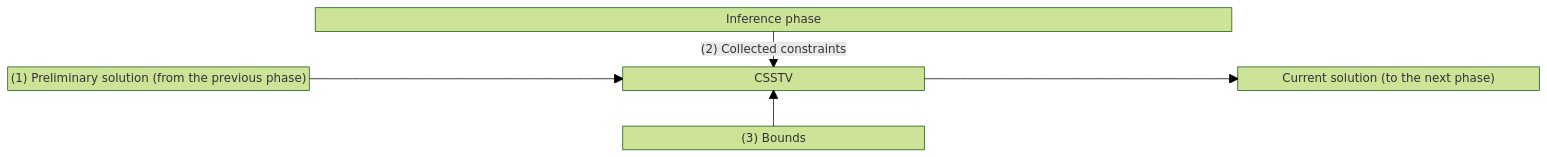
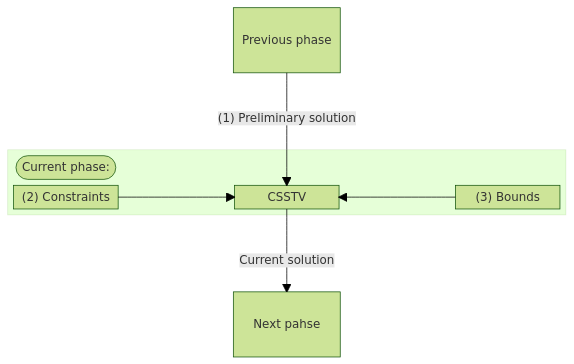
Before and after one commit to dart-lang/language: the first of 4 diagrams in accepted/future-releases/3009-inference-using-bounds/feature-specification.md, drawn with Mermaid (forest theme). The commit also changed other lines of this file, not shown here.

First line of the commit message:
Make the diagrams top-down instead of left-to-right

````diff
--- a/accepted/future-releases/3009-inference-using-bounds/feature-specification.md
+++ b/accepted/future-releases/3009-inference-using-bounds/feature-specification.md
@@ -88,27 +88,35 @@
 ```mermaid
 block-beta
   columns 5
 
-  space
-  constraints["Inference phase"]:3
-  space
+  space:2
+  previousPhase["Previous phase"]
+  space:2
 
   space:5
 
-  preliminarySolution["(1) Preliminary solution (from the previous phase)"]
-  space
-  csstv["CSSTV"]
-  space
-  currentSolution["Current solution (to the next phase)"]
+  block:current:5
+    columns 5
+
+    commentCurrent(["Current phase:"])
+    space:4
+
+    constraintsCurrent["(2) Constraints"]
+    space
+    csstvCurrent["CSSTV"]
+    space
+    boundsCurrent["(3) Bounds"]
+  end
 
   space:5
 
   space:2
-  bounds["(3) Bounds"]
+  nextPhase["Next pahse"]
   space:2
 
-  constraints -- "(2) Collected constraints" --> csstv
-  preliminarySolution --> csstv
-  csstv --> currentSolution
-  bounds --> csstv
+  previousPhase -- "(1) Preliminary solution" --> csstvCurrent
+
+  constraintsCurrent --> csstvCurrent
+  boundsCurrent --> csstvCurrent
+  csstvCurrent -- "Current solution" --> nextPhase
 ```
````
